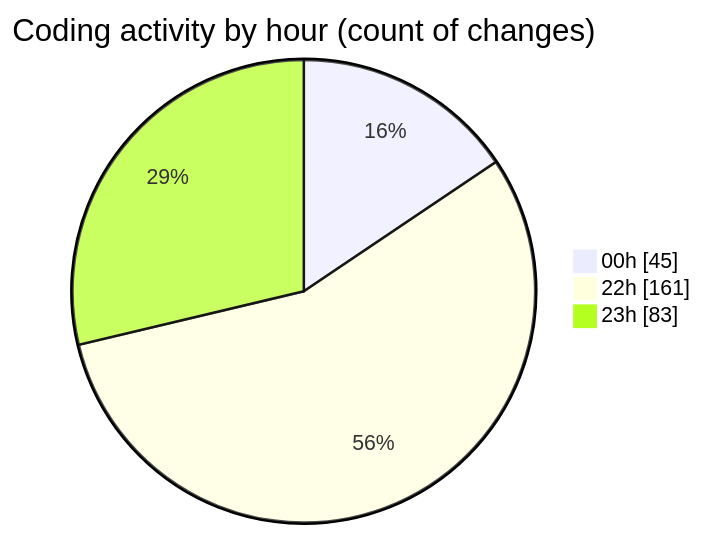
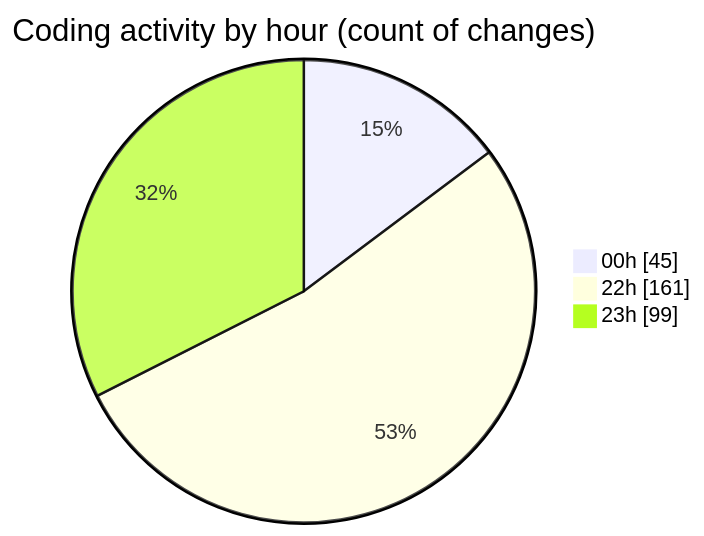
Before and after one commit to Ritupan-Deka/code-tracking: the second of 2 diagrams in 2025-07-29/javascript/README.md, drawn with Mermaid. The commit also changed other lines of this file and 1 other file, not shown here.

````diff
--- a/2025-07-29/javascript/README.md
+++ b/2025-07-29/javascript/README.md
@@ -29,7 +29,7 @@
 ```mermaid
 pie showData
 title Coding activity by hour (count of changes)
 "00h" : 45
 "22h" : 161
-"23h" : 83
+"23h" : 99
 ```
````
